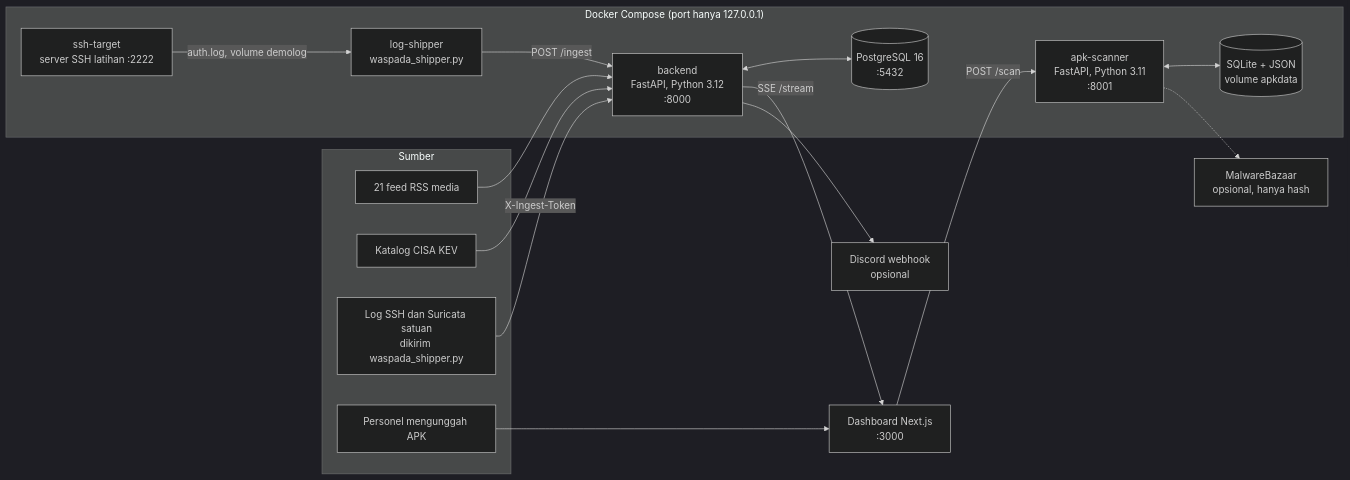
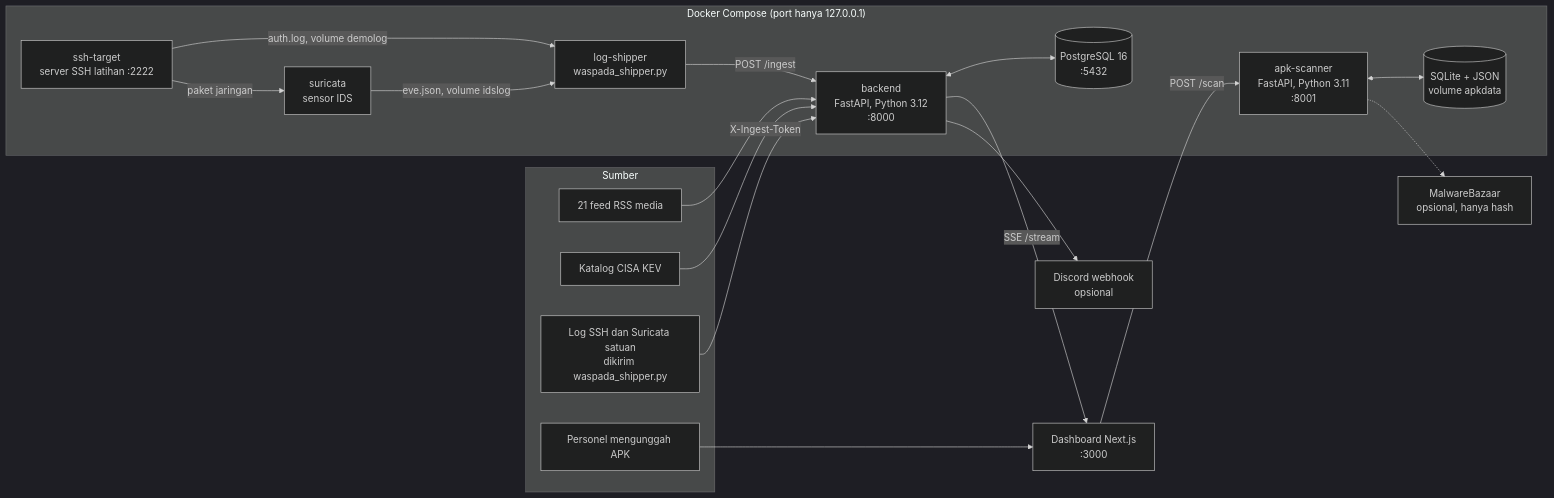
Before and after one commit to WahyuFZP/waspada: the first of 4 diagrams in ARCHITECTURE.md, drawn with Mermaid (dark theme). The commit also changed other lines of this file and 8 other files, not shown here.

First line of the commit message:
SIEM: add a real Suricata sensor and scan-then-login correlation

````diff
--- a/ARCHITECTURE.md
+++ b/ARCHITECTURE.md
@@ -7,33 +7,35 @@
 ```mermaid
 flowchart LR
   subgraph Sumber
     RSS[21 feed RSS media]
     KEV[Katalog CISA KEV]
     LOG[Log SSH dan Suricata satuan<br/>dikirim waspada_shipper.py]
     USER[Personel mengunggah APK]
   end
 
   subgraph Docker["Docker Compose (port hanya 127.0.0.1)"]
     BE[backend<br/>FastAPI, Python 3.12<br/>:8000]
     DB[(PostgreSQL 16<br/>:5432)]
     SC[apk-scanner<br/>FastAPI, Python 3.11<br/>:8001]
     SQ[(SQLite + JSON<br/>volume apkdata)]
     ST[ssh-target<br/>server SSH latihan :2222]
+    IDS[suricata<br/>sensor IDS]
     LS[log-shipper<br/>waspada_shipper.py]
   end
 
   FE[Dashboard Next.js<br/>:3000]
   DC[Discord webhook<br/>opsional]
   MB[MalwareBazaar<br/>opsional, hanya hash]
 
   RSS --> BE
   KEV --> BE
   LOG -- X-Ingest-Token --> BE
   ST -- auth.log, volume demolog --> LS -- POST /ingest --> BE
+  ST -- paket jaringan --> IDS -- eve.json, volume idslog --> LS
   BE <--> DB
   BE -- SSE /stream --> FE
   BE --> DC
   USER --> FE -- POST /scan --> SC
   SC <--> SQ
   SC -.-> MB
 ```
````
